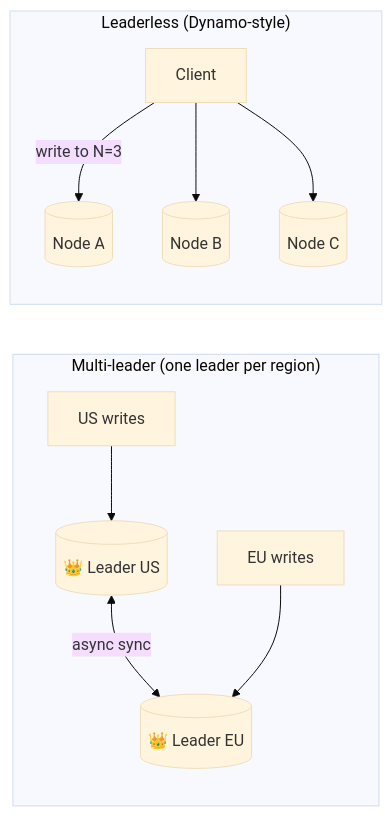
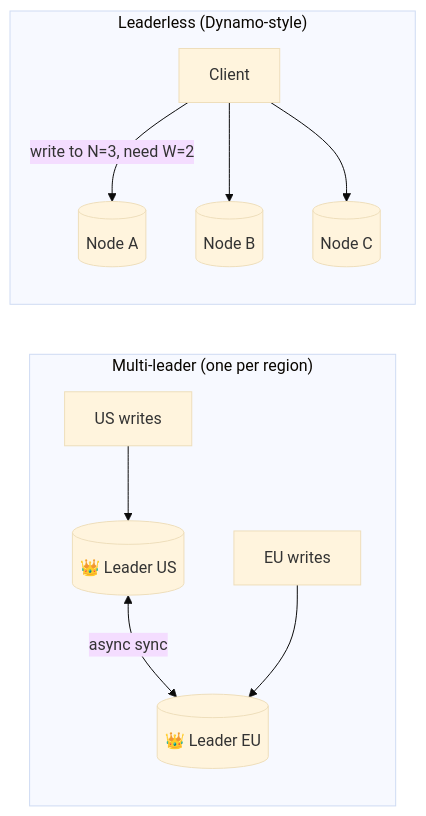
The diagram in phases/06-scaling-data/048-multi-leader-and-leaderless.md (winnyboy5/System-Design-from-Atoms), drawn with Mermaid (base theme) before and after one commit. The commit also changed other lines of this file and 9 other files, not shown here.

````diff
--- a/phases/06-scaling-data/048-multi-leader-and-leaderless.md
+++ b/phases/06-scaling-data/048-multi-leader-and-leaderless.md
@@ -30,13 +37,13 @@
 ```mermaid
 flowchart LR
-    subgraph ML["Multi-leader (one leader per region)"]
+    subgraph ML["Multi-leader (one per region)"]
         US[("👑 Leader US")] <-->|"async sync"| EU[("👑 Leader EU")]
         UW["US writes"] --> US
         EW["EU writes"] --> EU
     end
     subgraph LL["Leaderless (Dynamo-style)"]
-        C["Client"] -->|"write to N=3"| N1[("Node A")]
+        C["Client"] -->|"write to N=3, need W=2"| N1[("Node A")]
         C --> N2[("Node B")]
         C --> N3[("Node C")]
     end
 ```
````
